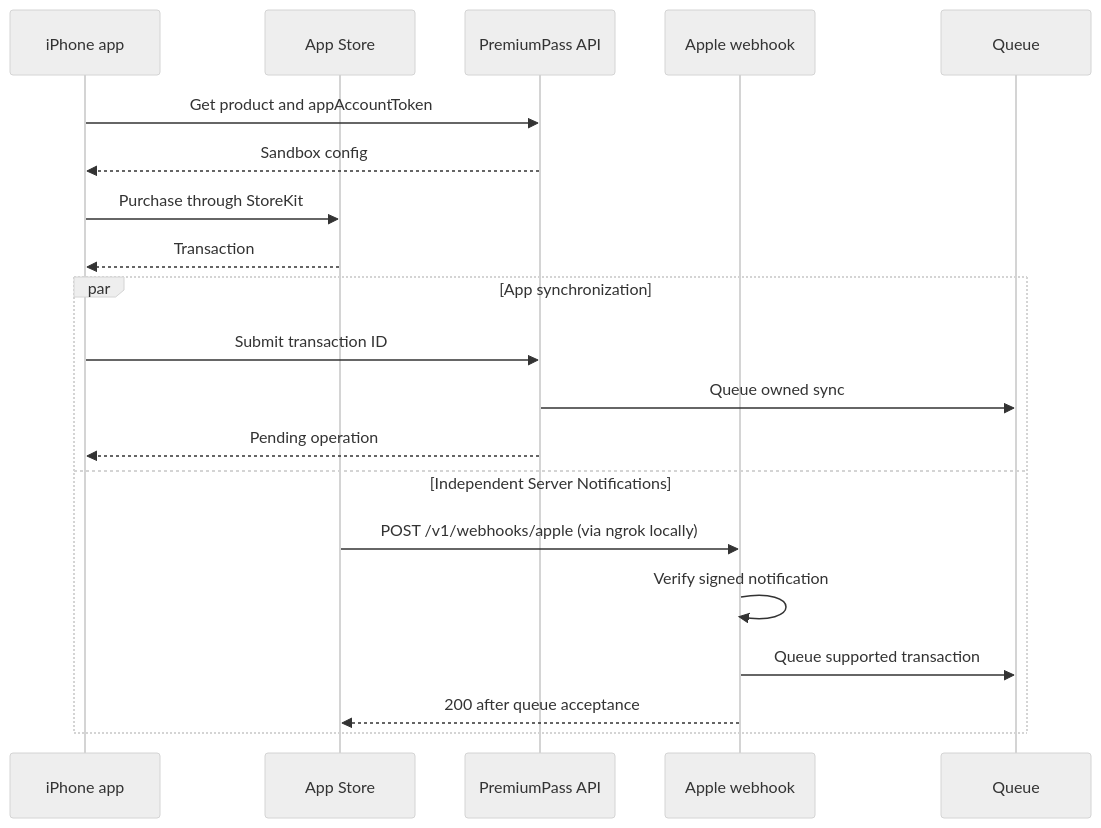
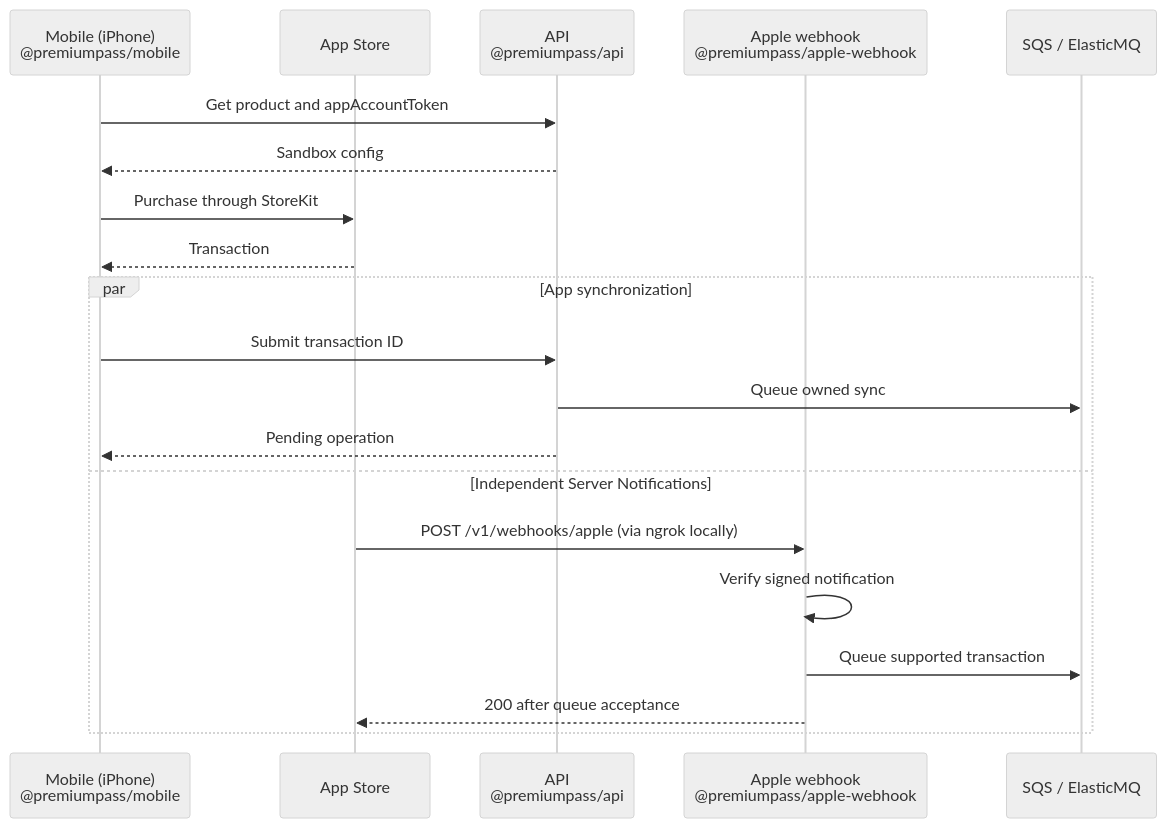
Before and after one commit to phillippbertram/subscription-consolidation-workshop: the first of 3 diagrams in docs/APPLE_PURCHASES.md, drawn with Mermaid (neutral theme). The commit also changed other lines of this file and 11 other files, not shown here.

````diff
--- a/docs/APPLE_PURCHASES.md
+++ b/docs/APPLE_PURCHASES.md
@@ -77,22 +77,22 @@
 ```mermaid
 sequenceDiagram
-    participant App as iPhone app
+    participant App as Mobile (iPhone)<br/>@premiumpass/mobile
     participant Apple as App Store
-    participant API as PremiumPass API
-    participant Webhook as Apple webhook
-    participant Queue
+    participant API as API<br/>@premiumpass/api
+    participant Webhook as Apple webhook<br/>@premiumpass/apple-webhook
+    participant Queue as SQS / ElasticMQ
     App->>API: Get product and appAccountToken
     API-->>App: Sandbox config
     App->>Apple: Purchase through StoreKit
     Apple-->>App: Transaction
     par App synchronization
         App->>API: Submit transaction ID
         API->>Queue: Queue owned sync
         API-->>App: Pending operation
     and Independent Server Notifications
         Apple->>Webhook: POST /v1/webhooks/apple (via ngrok locally)
         Webhook->>Webhook: Verify signed notification
         Webhook->>Queue: Queue supported transaction
         Webhook-->>Apple: 200 after queue acceptance
     end
 ```
````
